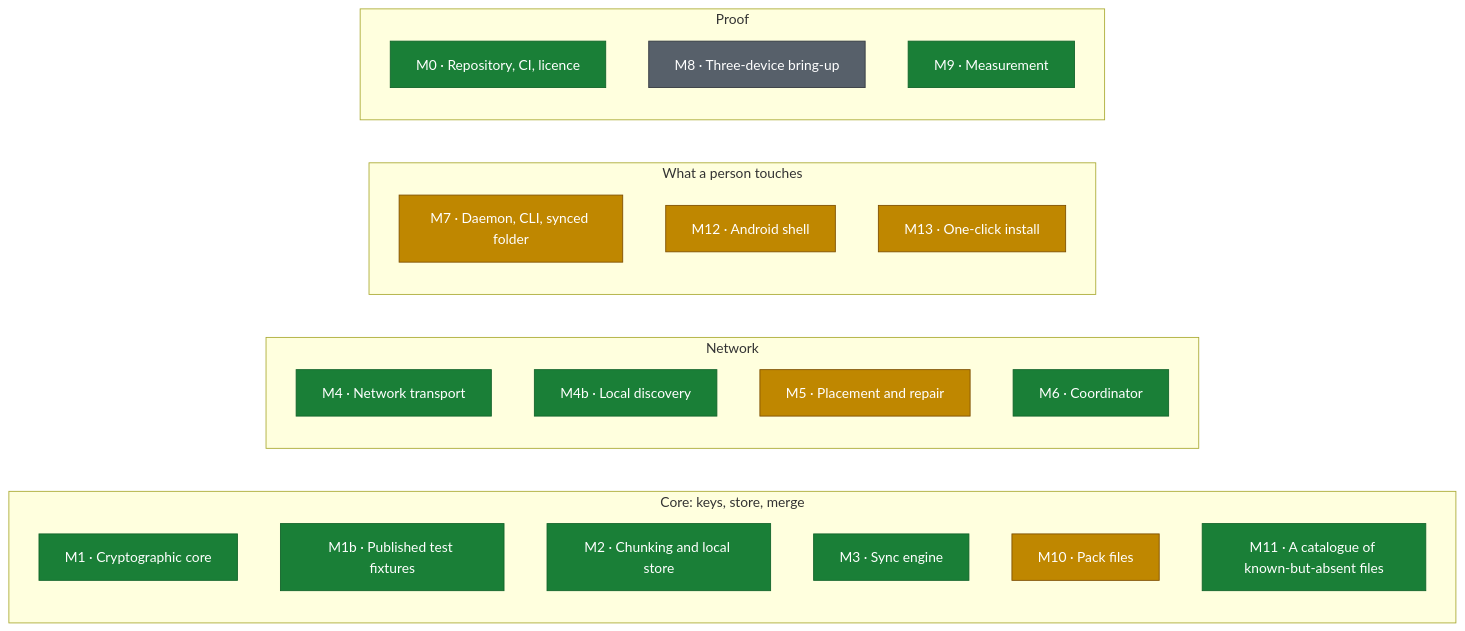
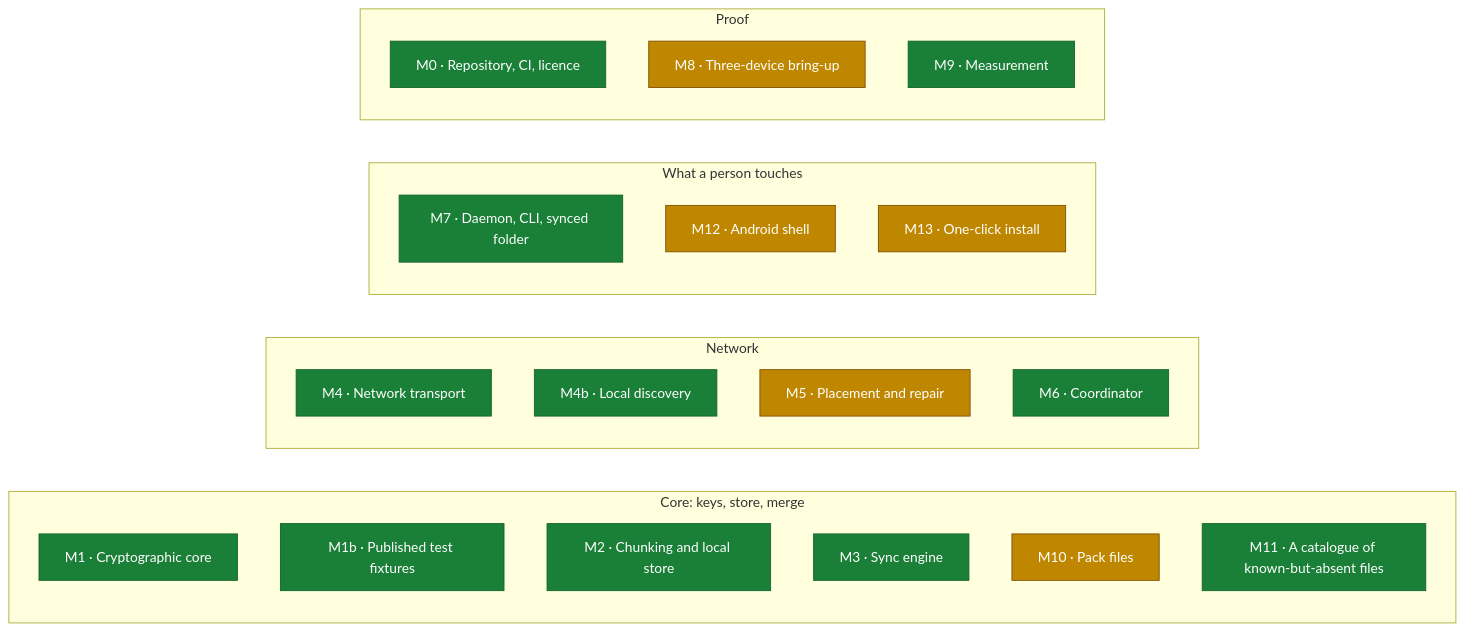
Before and after one commit to SigSegGit/itsanas: the diagram in docs/wiki/Roadmap.md, drawn with Mermaid. The commit also changed other lines of this file and 2 other files, not shown here.

Commit message:
M7 is done, M8 in progress: the burndown says what the fleet shows

````diff
--- a/docs/wiki/Roadmap.md
+++ b/docs/wiki/Roadmap.md
@@ -24,34 +24,34 @@
 ```mermaid
 flowchart LR
   subgraph G0["Core: keys, store, merge"]
     direction TB
     M1["M1 · Cryptographic core"]:::done
     M1b["M1b · Published test fixtures"]:::done
     M2["M2 · Chunking and local store"]:::done
     M3["M3 · Sync engine"]:::done
     M10["M10 · Pack files"]:::wip
     M11["M11 · A catalogue of known-but-absent files"]:::done
   end
   subgraph G1["Network"]
     direction TB
     M4["M4 · Network transport"]:::done
     M4b["M4b · Local discovery"]:::done
     M5["M5 · Placement and repair"]:::wip
     M6["M6 · Coordinator"]:::done
   end
   subgraph G2["What a person touches"]
     direction TB
-    M7["M7 · Daemon, CLI, synced folder"]:::wip
+    M7["M7 · Daemon, CLI, synced folder"]:::done
     M12["M12 · Android shell"]:::wip
     M13["M13 · One-click install"]:::wip
   end
   subgraph G3["Proof"]
     direction TB
     M0["M0 · Repository, CI, licence"]:::done
-    M8["M8 · Three-device bring-up"]:::todo
+    M8["M8 · Three-device bring-up"]:::wip
     M9["M9 · Measurement"]:::done
   end
   classDef done fill:#1a7f37,stroke:#116329,color:#ffffff
   classDef wip fill:#bf8700,stroke:#7d4e00,color:#ffffff
   classDef todo fill:#57606a,stroke:#32383f,color:#ffffff
 ```
````
